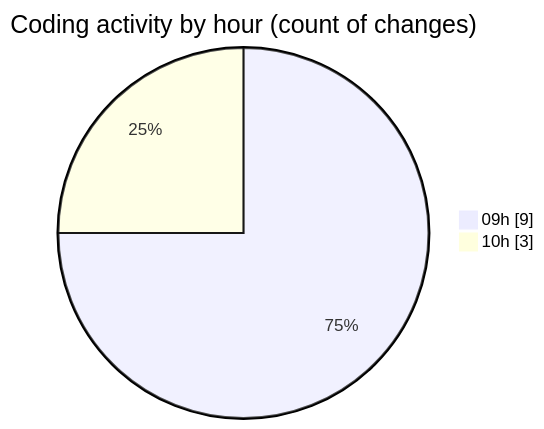
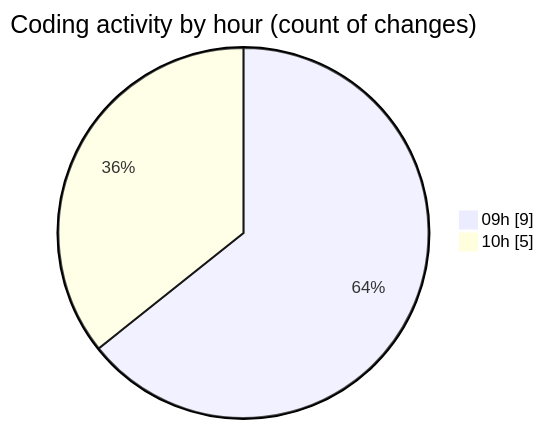
One commit to lephambinh05/code-tracking changed the second of 2 diagrams in 2025-07-10/mail-listener2-0_1_3/README.md. Above: the diagram before and after it, drawn with Mermaid. The commit also changed other lines of this file and 1 other file, not shown here.

````diff
--- a/2025-07-10/mail-listener2-0_1_3/README.md
+++ b/2025-07-10/mail-listener2-0_1_3/README.md
@@ -31,6 +31,6 @@
 ```mermaid
 pie showData
 title Coding activity by hour (count of changes)
 "09h" : 9
-"10h" : 3
+"10h" : 5
 ```
````
